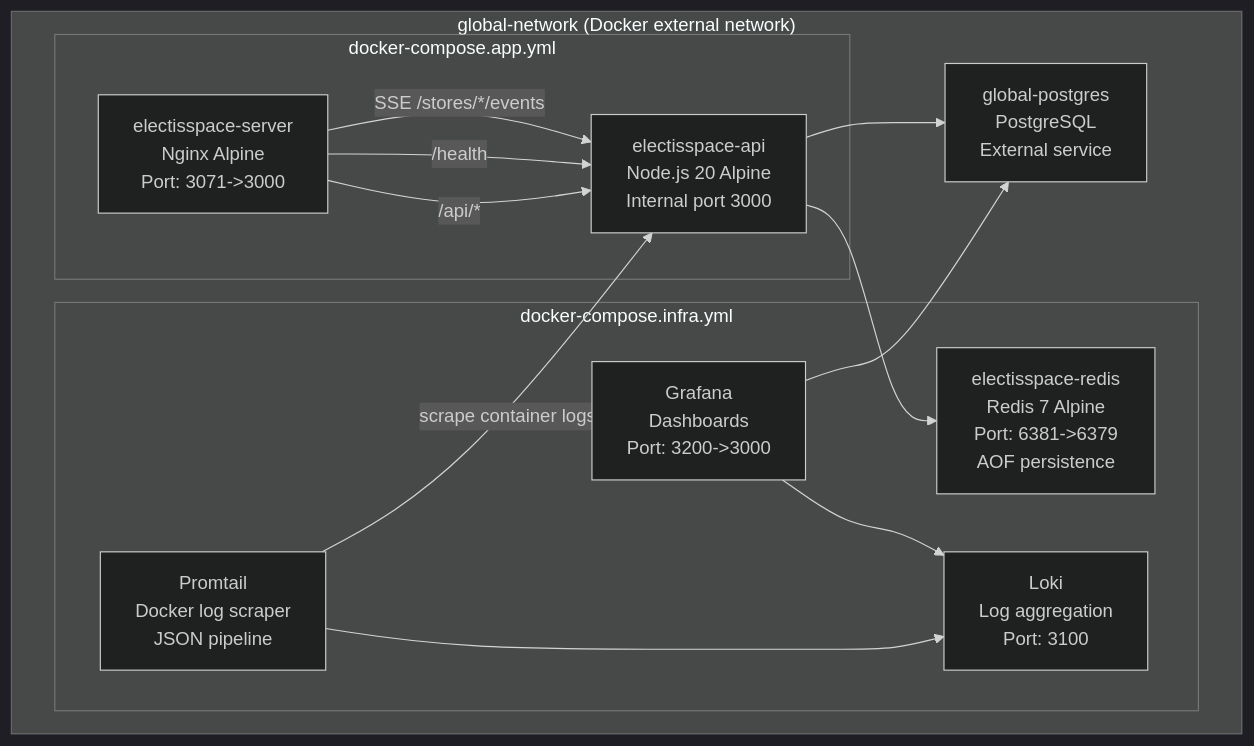
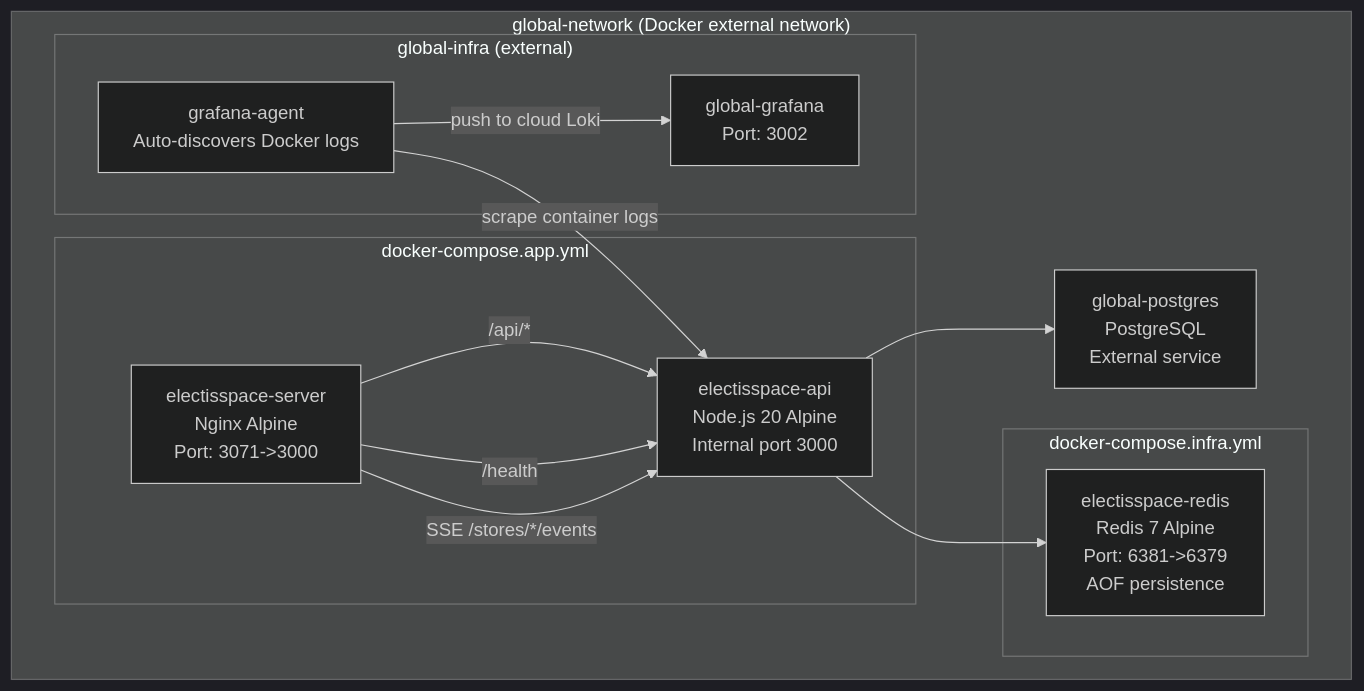
The first of 6 diagrams in docs/wiki/Chapter-6-—-Infrastructure-&-Deployment.md (AvivElectis/electisSpace), drawn with Mermaid (dark theme) before and after one commit. The commit also changed other lines of this file and 10 other files, not shown here.

````diff
--- a/docs/wiki/Chapter-6-—-Infrastructure-&-Deployment.md
+++ b/docs/wiki/Chapter-6-—-Infrastructure-&-Deployment.md
@@ -5,28 +5,28 @@
 ```mermaid
 graph TB
     subgraph "global-network (Docker external network)"
         subgraph "docker-compose.infra.yml"
             REDIS[electisspace-redis<br/>Redis 7 Alpine<br/>Port: 6381->6379<br/>AOF persistence]
-            LOKI[Loki<br/>Log aggregation<br/>Port: 3100]
-            PROMTAIL[Promtail<br/>Docker log scraper<br/>JSON pipeline]
-            GRAFANA[Grafana<br/>Dashboards<br/>Port: 3200->3000]
         end
 
         subgraph "docker-compose.app.yml"
             CLIENT[electisspace-server<br/>Nginx Alpine<br/>Port: 3071->3000]
             SERVER[electisspace-api<br/>Node.js 20 Alpine<br/>Internal port 3000]
+        end
+
+        subgraph "global-infra (external)"
+            AGENT[grafana-agent<br/>Auto-discovers Docker logs]
+            GRAFANA_GLOBAL[global-grafana<br/>Port: 3002]
         end
 
         PG[global-postgres<br/>PostgreSQL<br/>External service]
     end
 
     CLIENT -->|/api/*| SERVER
     CLIENT -->|/health| SERVER
     CLIENT -->|SSE /stores/*/events| SERVER
     SERVER --> PG
     SERVER --> REDIS
-    PROMTAIL -->|scrape container logs| SERVER
-    PROMTAIL --> LOKI
-    GRAFANA --> LOKI
-    GRAFANA --> PG
+    AGENT -->|scrape container logs| SERVER
+    AGENT -->|push to cloud Loki| GRAFANA_GLOBAL
 ```
````
